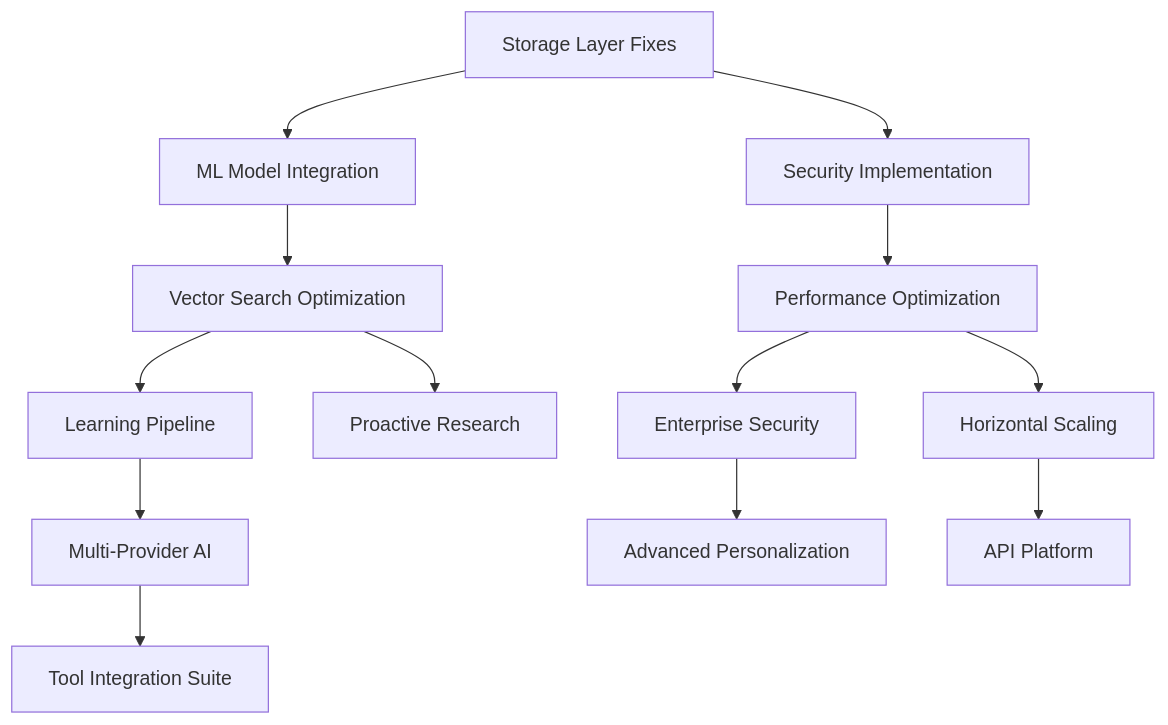
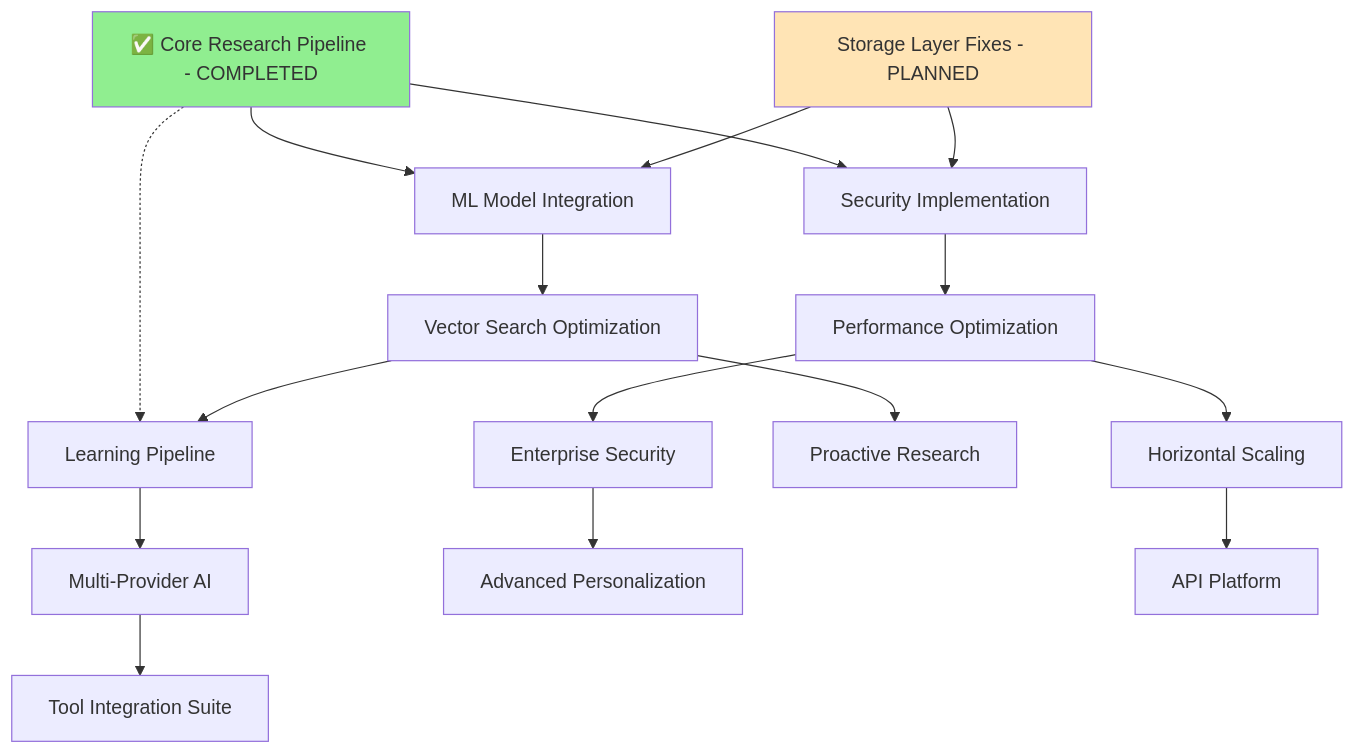
The diagram in docs/phases/phase-1-roadmap.md (Cyonx818/CE-DPS), drawn with Mermaid before and after one commit. The commit also changed other lines of this file and 11 other files, not shown here.

````diff
--- a/docs/phases/phase-1-roadmap.md
+++ b/docs/phases/phase-1-roadmap.md
@@ -435,19 +444,26 @@
 ```mermaid
 graph TD
-    A[Storage Layer Fixes] --> B[ML Model Integration]
+    A[Storage Layer Fixes - PLANNED] --> B[ML Model Integration]
     B --> C[Vector Search Optimization]
     C --> D[Learning Pipeline]
     
     A --> E[Security Implementation]
     E --> F[Performance Optimization]
     F --> G[Enterprise Security]
+    
+    R[✅ Core Research Pipeline - COMPLETED] --> B
+    R --> E
+    R -.-> D
     
     D --> H[Multi-Provider AI]
     C --> I[Proactive Research]
     
     G --> J[Advanced Personalization]
     H --> K[Tool Integration Suite]
     
     F --> L[Horizontal Scaling]
     L --> M[API Platform]
+    
+    style R fill:#90EE90
+    style A fill:#FFE4B5
 ```
````
